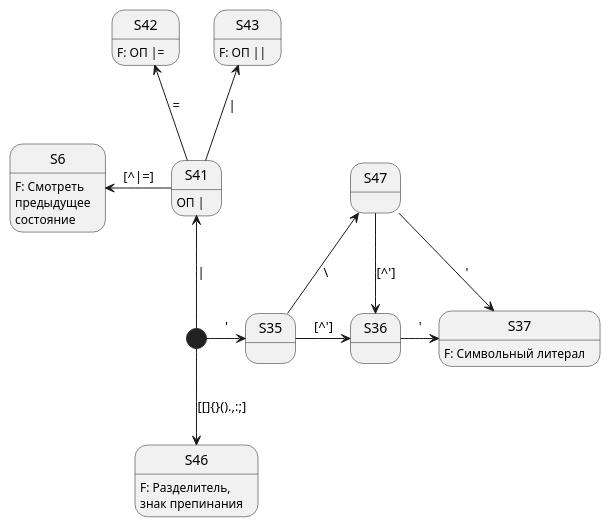
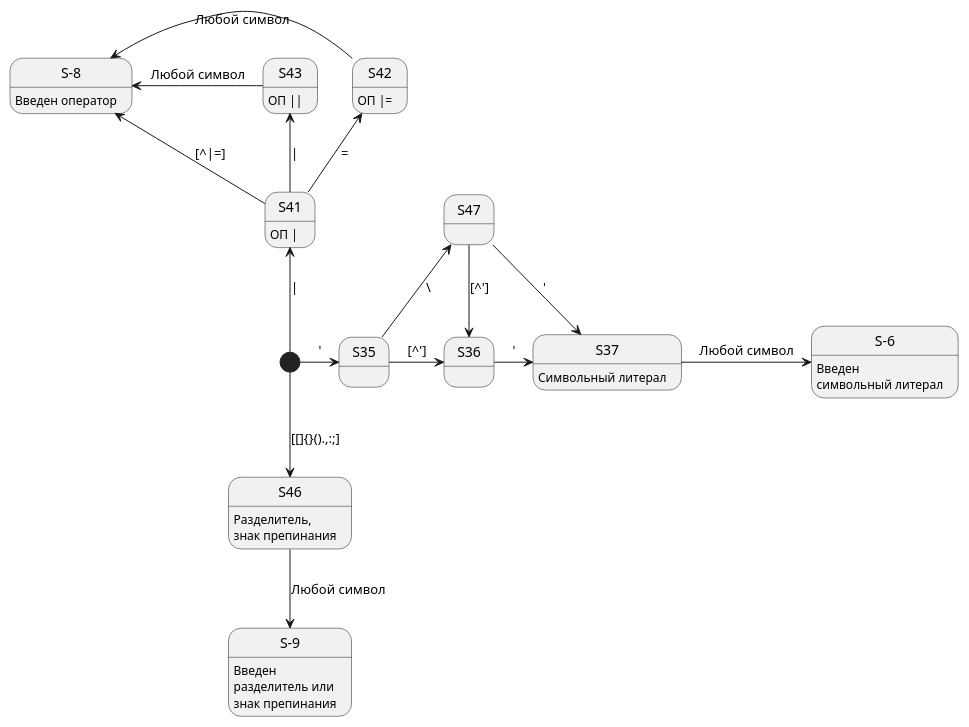
Before and after one commit to vladimirlll/CSharpLexicalAnalyzer: the diagram in Диаграмма состояния для ЛА/sd6.puml, drawn with PlantUML. The commit also changed 12 other files, not shown here.

```diff
--- a/Диаграмма состояния для ЛА/sd6.puml
+++ b/Диаграмма состояния для ЛА/sd6.puml
@@ -1,25 +1,34 @@
 @startuml "sd6"
+
+state "S-6" as Character
+state "S-8" as Operator
+state "S-9" as PunkOrSep
+Operator : Введен оператор
+Character : Введен\nсимвольный литерал
+PunkOrSep : Введен\nразделитель или\nзнак препинания
 
 [*] -right-> S35 : '
 S35 -up-> S47 : \\
 S35 -right-> S36 : [^']
 S36 -right-> S37 : '
-S37 : F: Символьный литерал
+S37 : Символьный литерал
+S37 -right-> Character : Любой символ
 
 [*] -up-> S41 : |
 S41 -up-> S43 : |
 S41 -up-> S42 : =
-S42 : F: ОП |=
-S43 : F: ОП ||
+S42 : ОП |=
+S43 : ОП ||
 S41 : ОП |
-S41 -left-> S6 : [^|=]
+S41 -left-> Operator : [^|=]
+S42 -left-> Operator : Любой символ
+S43 -left-> Operator : Любой символ
 
 [*] --> S46 : [[]{}().,:;]
-S46 : F: Разделитель,\nзнак препинания
+S46 : Разделитель,\nзнак препинания
+S46 -down-> PunkOrSep : Любой символ
 
 S47 -down-> S36 : [^']
 S47 -down-> S37 : '
 
-S6 : F: Смотреть\nпредыдущее\nсостояние
-
 @enduml
```
